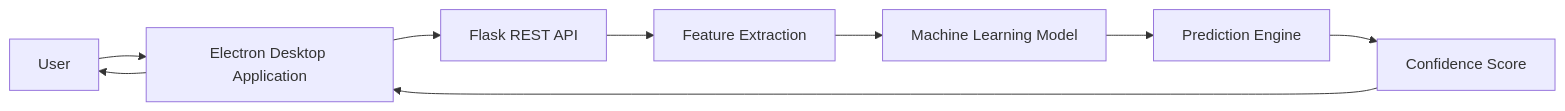
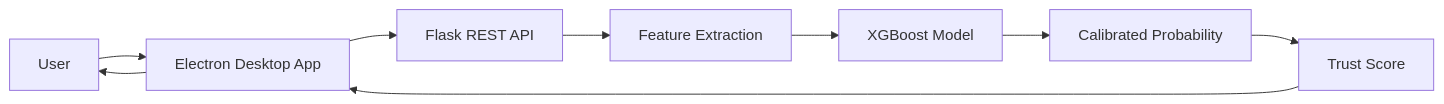
Before and after one commit to DANYALFAYAZ804/Final-Year-Project: the first of 2 diagrams in README.md, drawn with Mermaid. The commit also changed other lines of this file, not shown here.

````diff
--- a/README.md
+++ b/README.md
@@ -137,21 +142,11 @@
 ```mermaid
 flowchart LR
-
-A[User]
-
-A --> B[Electron Desktop Application]
-
-B --> C[Flask REST API]
-
-C --> D[Feature Extraction]
-
-D --> E[Machine Learning Model]
-
-E --> F[Prediction Engine]
-
-F --> G[Confidence Score]
-
-G --> B
-
-B --> A
+    A[User] --> B[Electron Desktop App]
+    B --> C[Flask REST API]
+    C --> D[Feature Extraction]
+    D --> E[XGBoost Model]
+    E --> F[Calibrated Probability]
+    F --> G[Trust Score]
+    G --> B
+    B --> A
 ```
````
